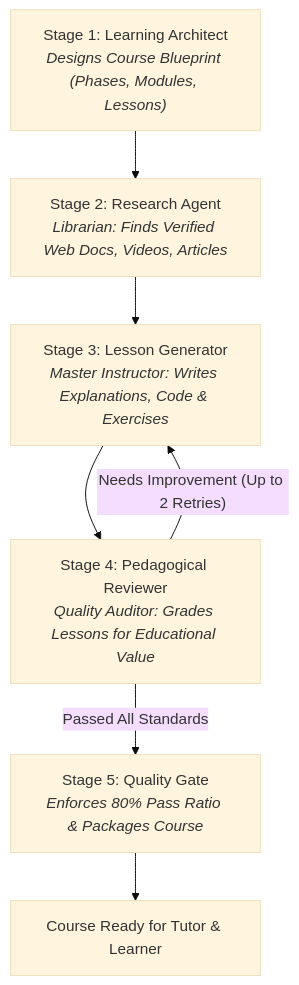
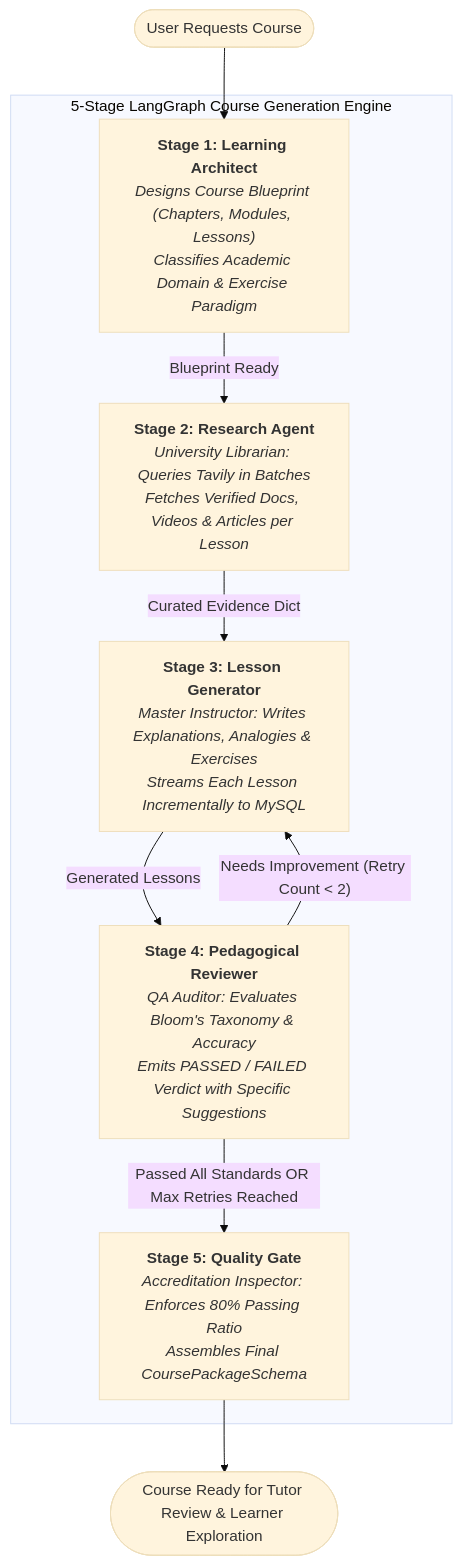
Before and after one commit to arnoldhere/CognitiveWizard: the third of 5 diagrams in docs/Course_Gen_flow.md, drawn with Mermaid (base theme). The commit also changed other lines of this file, not shown here.

Commit message:
DOC:Updated Flow

````diff
--- a/docs/Course_Gen_flow.md
+++ b/docs/Course_Gen_flow.md
@@ -103,10 +175,21 @@
 ```mermaid
 graph TD
-    A["Stage 1: Learning Architect<br/><i>Designs Course Blueprint (Phases, Modules, Lessons)</i>"] --> B["Stage 2: Research Agent<br/><i>Librarian: Finds Verified Web Docs, Videos, Articles</i>"]
-    B --> C["Stage 3: Lesson Generator<br/><i>Master Instructor: Writes Explanations, Code & Exercises</i>"]
-    C --> D["Stage 4: Pedagogical Reviewer<br/><i>Quality Auditor: Grades Lessons for Educational Value</i>"]
+    Start([User Requests Course]) --> Architect
 
-    D -- "Needs Improvement (Up to 2 Retries)" --> C
-    D -- "Passed All Standards" --> E["Stage 5: Quality Gate<br/><i>Enforces 80% Pass Ratio & Packages Course</i>"]
-    E --> F["Course Ready for Tutor & Learner"]
+    subgraph Pipeline ["5-Stage LangGraph Course Generation Engine"]
+        Architect["<b>Stage 1: Learning Architect</b><br/><i>Designs Course Blueprint (Chapters, Modules, Lessons)<br/>Classifies Academic Domain & Exercise Paradigm</i>"]
+        Research["<b>Stage 2: Research Agent</b><br/><i>University Librarian: Queries Tavily in Batches<br/>Fetches Verified Docs, Videos & Articles per Lesson</i>"]
+        Generator["<b>Stage 3: Lesson Generator</b><br/><i>Master Instructor: Writes Explanations, Analogies & Exercises<br/>Streams Each Lesson Incrementally to MySQL</i>"]
+        Reviewer["<b>Stage 4: Pedagogical Reviewer</b><br/><i>QA Auditor: Evaluates Bloom's Taxonomy & Accuracy<br/>Emits PASSED / FAILED Verdict with Specific Suggestions</i>"]
+        QualityGate["<b>Stage 5: Quality Gate</b><br/><i>Accreditation Inspector: Enforces 80% Passing Ratio<br/>Assembles Final CoursePackageSchema</i>"]
+
+        Architect -->|"Blueprint Ready"| Research
+        Research -->|"Curated Evidence Dict"| Generator
+        Generator -->|"Generated Lessons"| Reviewer
+        
+        Reviewer -- "Needs Improvement (Retry Count < 2)" --> Generator
+        Reviewer -- "Passed All Standards OR Max Retries Reached" --> QualityGate
+    end
+
+    QualityGate --> Complete([Course Ready for Tutor Review & Learner Exploration])
 ```
````
